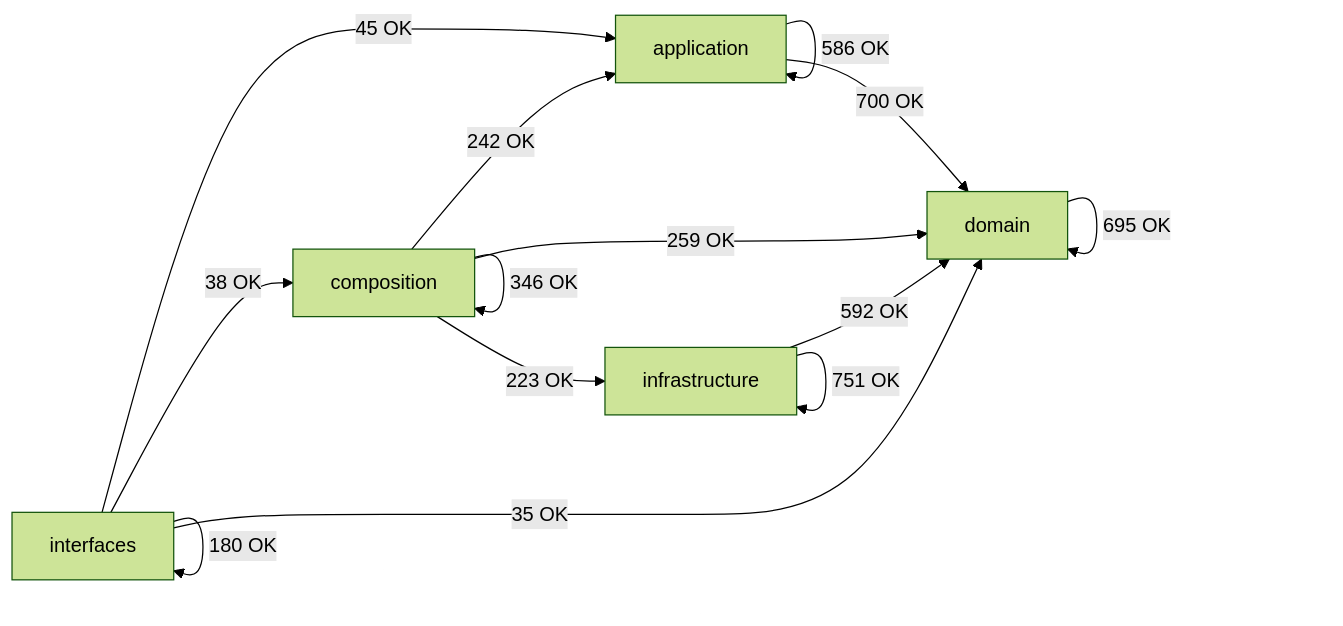
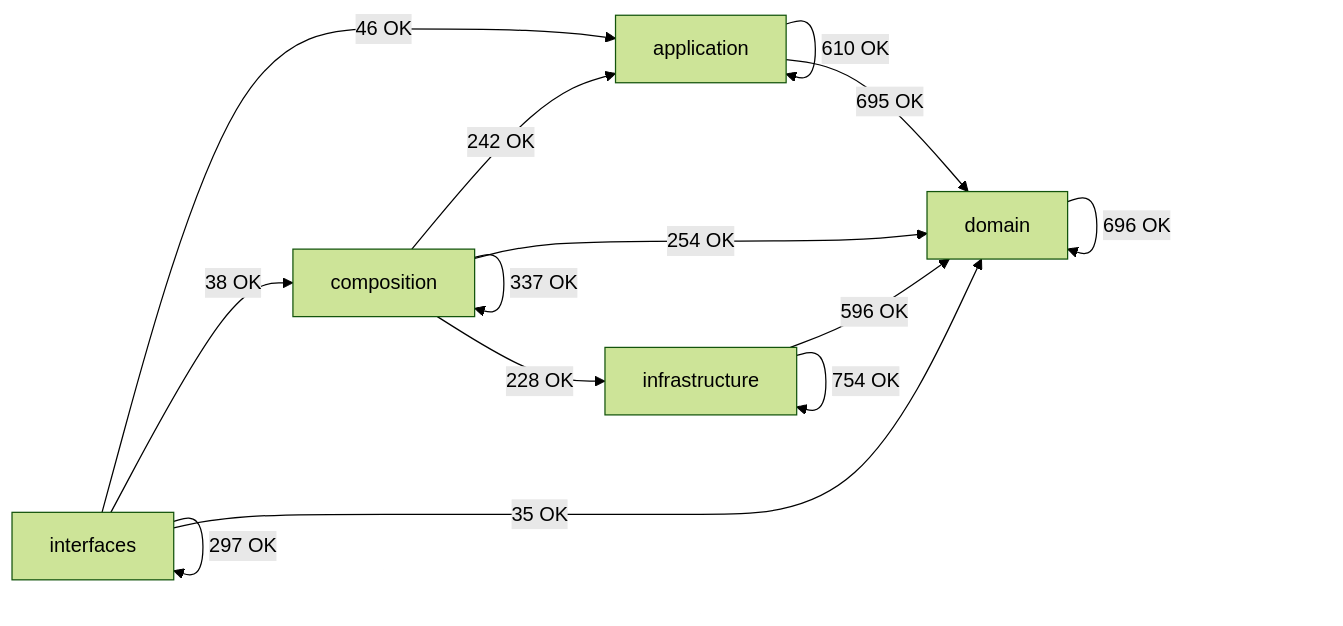
One commit to SatoryKono/BioactivityDataAcquisition changed the diagram in docs/02-architecture/generated/module-dependency-map.md. Above: the diagram before and after it, drawn with Mermaid (forest theme). The commit also changed other lines of this file and 134 other files, not shown here.

````diff
--- a/docs/02-architecture/generated/module-dependency-map.md
+++ b/docs/02-architecture/generated/module-dependency-map.md
@@ -17,21 +17,21 @@
 ```mermaid
 flowchart LR
     domain[domain]
     application[application]
     infrastructure[infrastructure]
     composition[composition]
     interfaces[interfaces]
-    application -->|586 OK| application
-    application -->|700 OK| domain
+    application -->|610 OK| application
+    application -->|695 OK| domain
     composition -->|242 OK| application
-    composition -->|346 OK| composition
-    composition -->|259 OK| domain
-    composition -->|223 OK| infrastructure
-    domain -->|695 OK| domain
-    infrastructure -->|592 OK| domain
-    infrastructure -->|751 OK| infrastructure
-    interfaces -->|45 OK| application
+    composition -->|337 OK| composition
+    composition -->|254 OK| domain
+    composition -->|228 OK| infrastructure
+    domain -->|696 OK| domain
+    infrastructure -->|596 OK| domain
+    infrastructure -->|754 OK| infrastructure
+    interfaces -->|46 OK| application
     interfaces -->|38 OK| composition
     interfaces -->|35 OK| domain
-    interfaces -->|180 OK| interfaces
+    interfaces -->|297 OK| interfaces
 ```
````
